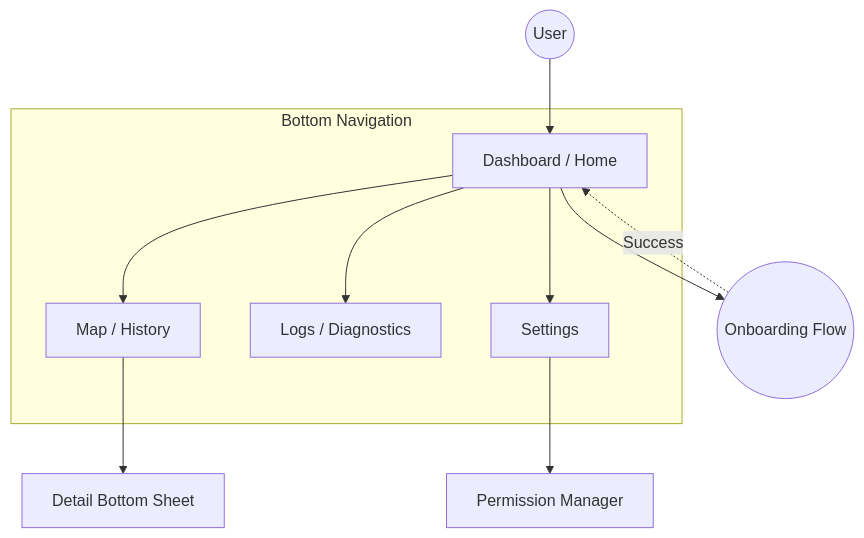
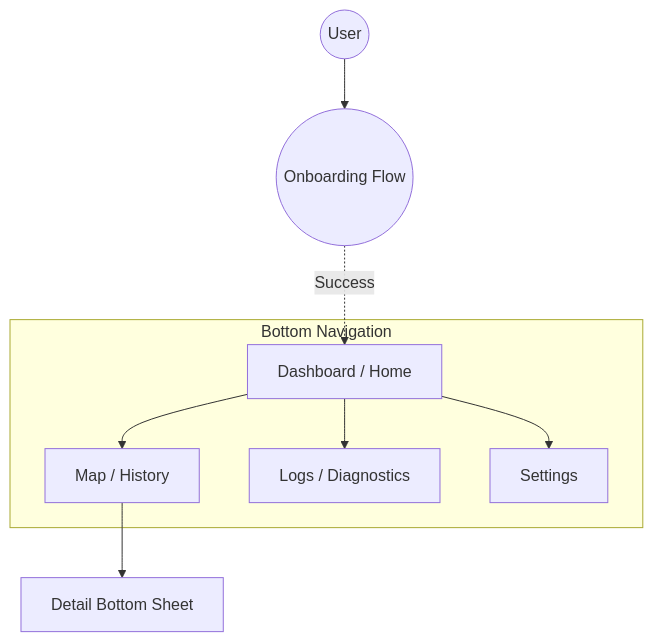
Before and after one commit to cask-labs/locus: the diagram in docs/specs/ui_presentation_spec.md, drawn with Mermaid. The commit also changed other lines of this file and 1 other file, not shown here.

First line of the commit message:
Refine UI Spec: Layouts, Nav Graph, and Warnings

````diff
--- a/docs/specs/ui_presentation_spec.md
+++ b/docs/specs/ui_presentation_spec.md
@@ -26,16 +26,13 @@
 ```mermaid
 graph TD
-    User((User)) --> Home[Dashboard / Home]
+    User((User)) --> Onboarding((Onboarding Flow))
+    Onboarding -.-> |Success| Home[Dashboard / Home]
 
     subgraph "Bottom Navigation"
         Home --> Map[Map / History]
         Home --> Logs[Logs / Diagnostics]
         Home --> Settings[Settings]
     end
 
-    Home --> Onboarding((Onboarding Flow))
-    Onboarding -.-> |Success| Home
-
     Map --> Detail[Detail Bottom Sheet]
-    Settings --> Perms[Permission Manager]
 ```
````
